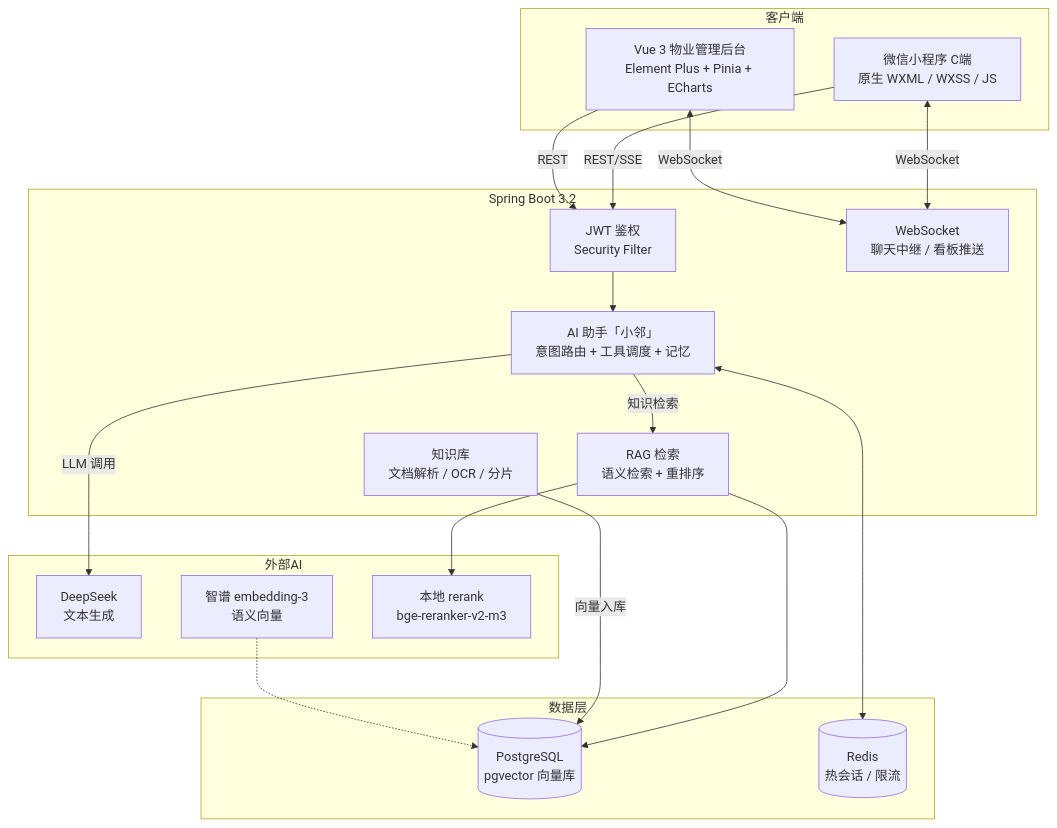
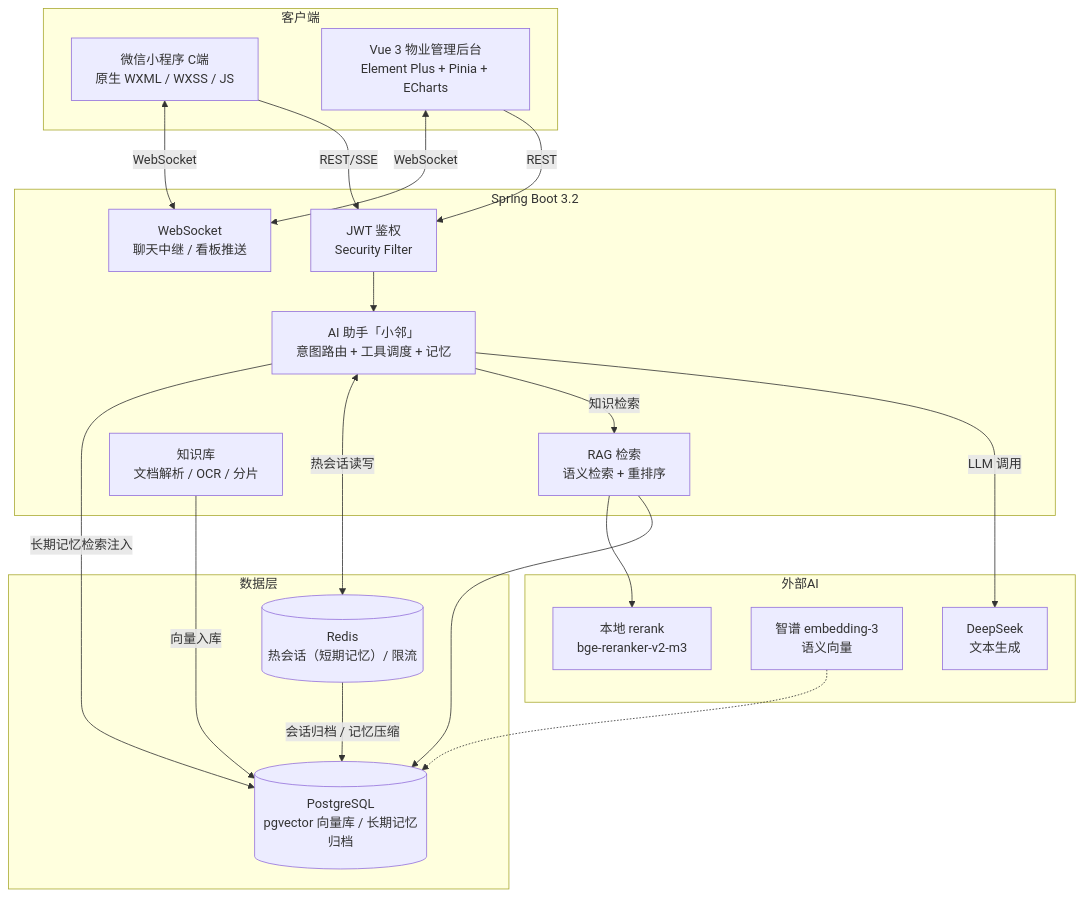
Before and after one commit to Xing-yang-git/-: the diagram in README.md, drawn with Mermaid.

Commit message:
docs: 架构图补充 Redis-PostgreSQL 短期记忆到长期记忆链路

````diff
--- a/README.md
+++ b/README.md
@@ -17,39 +17,41 @@
 ```mermaid
 graph TB
     subgraph 客户端
         C["微信小程序 C端<br/>原生 WXML / WXSS / JS"]
         B["Vue 3 物业管理后台<br/>Element Plus + Pinia + ECharts"]
     end
 
     subgraph 后端 [Spring Boot 3.2]
         AUTH["JWT 鉴权<br/>Security Filter"]
         WS["WebSocket<br/>聊天中继 / 看板推送"]
         AGENT["AI 助手「小邻」<br/>意图路由 + 工具调度 + 记忆"]
         RAG["RAG 检索<br/>语义检索 + 重排序"]
         KB["知识库<br/>文档解析 / OCR / 分片"]
     end
 
     subgraph 数据层
-        PG[("PostgreSQL<br/>pgvector 向量库")]
-        REDIS[("Redis<br/>热会话 / 限流")]
+        PG[("PostgreSQL<br/>pgvector 向量库 / 长期记忆归档")]
+        REDIS[("Redis<br/>热会话（短期记忆）/ 限流")]
     end
 
     subgraph 外部AI
         LLM["DeepSeek<br/>文本生成"]
         EMB["智谱 embedding-3<br/>语义向量"]
         RERANK["本地 rerank<br/>bge-reranker-v2-m3"]
     end
 
     C -->|REST/SSE| AUTH
     B -->|REST| AUTH
     C <-->|WebSocket| WS
     B <-->|WebSocket| WS
     AUTH --> AGENT
     AGENT -->|LLM 调用| LLM
     AGENT -->|知识检索| RAG
     RAG --> PG
     RAG --> RERANK
     KB -->|向量入库| PG
-    AGENT <--> REDIS
+    AGENT <-->|热会话读写| REDIS
+    REDIS -->|会话归档 / 记忆压缩| PG
+    AGENT -->|长期记忆检索注入| PG
     EMB -.-> PG
 ```
````
